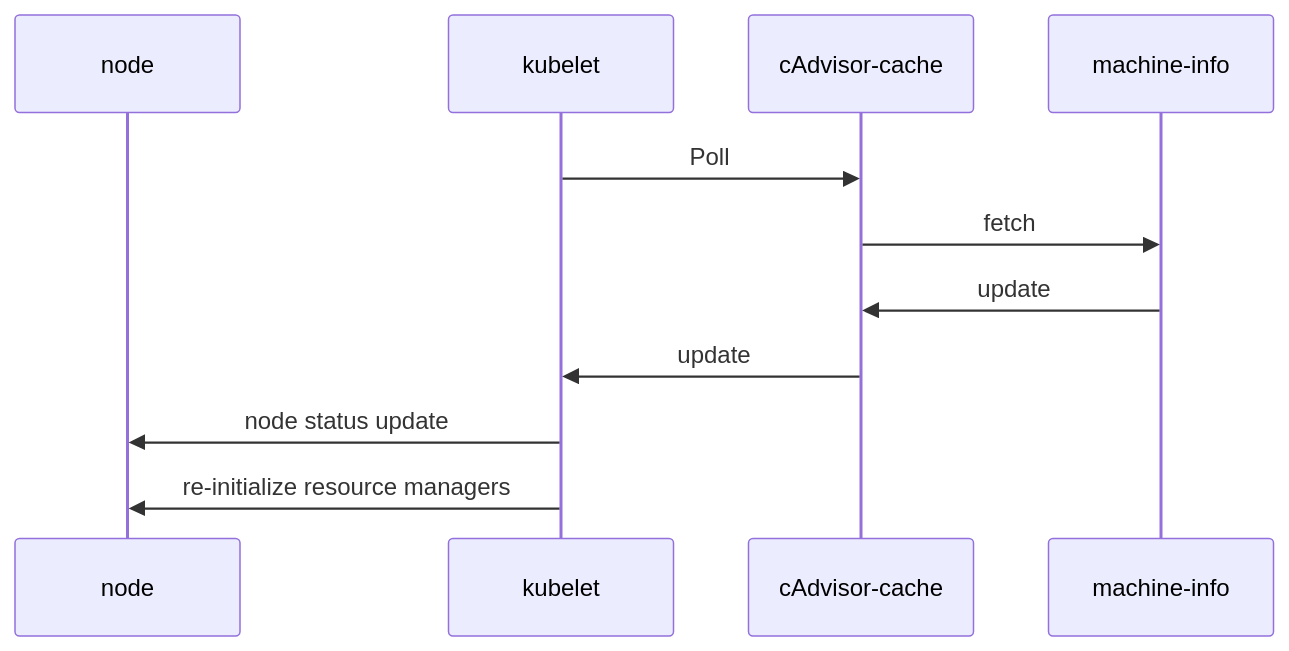
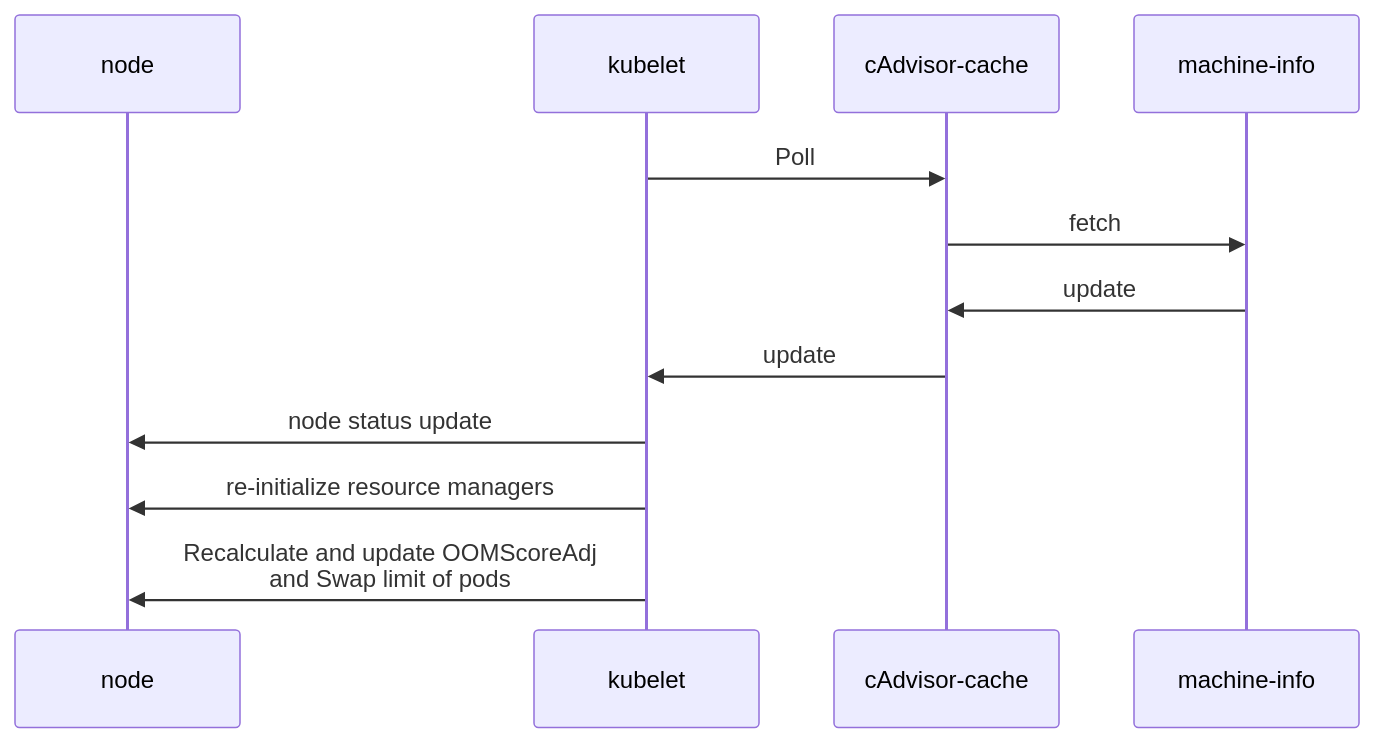
One commit to kubernetes/enhancements changed the diagram in keps/sig-node/3953-node-resource-hot-plug/README.md. Above: the diagram before and after it, drawn with Mermaid. The commit also changed other lines of this file and 2 other files, not shown here.

````diff
--- a/keps/sig-node/3953-node-resource-hot-plug/README.md
+++ b/keps/sig-node/3953-node-resource-hot-plug/README.md
@@ -187,13 +201,14 @@
 ```mermaid
 sequenceDiagram
     participant node
     participant kubelet
     participant cAdvisor-cache
     participant machine-info
     kubelet->>cAdvisor-cache: Poll
     cAdvisor-cache->>machine-info: fetch
     machine-info->>cAdvisor-cache: update
     cAdvisor-cache->>kubelet: update
     kubelet->>node: node status update
     kubelet->>node: re-initialize resource managers
+    kubelet->>node: Recalculate and update OOMScoreAdj <br> and Swap limit of pods
 ```
````
